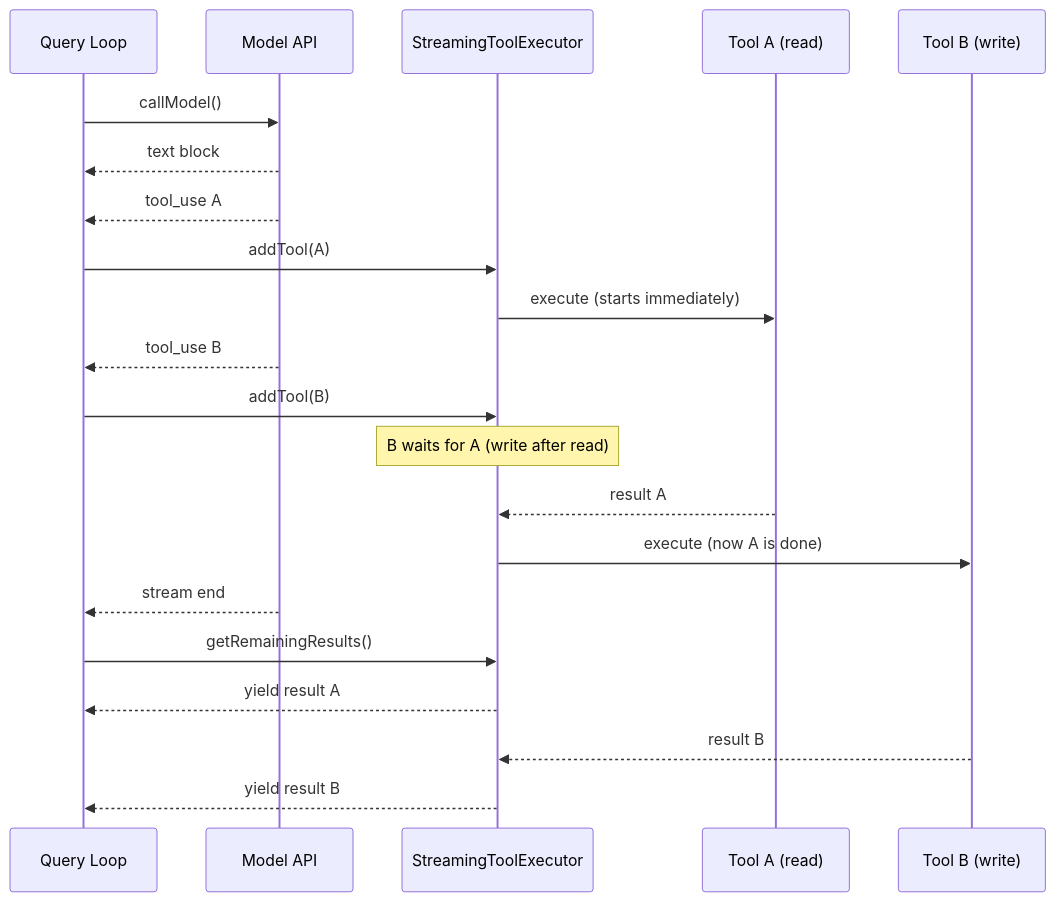
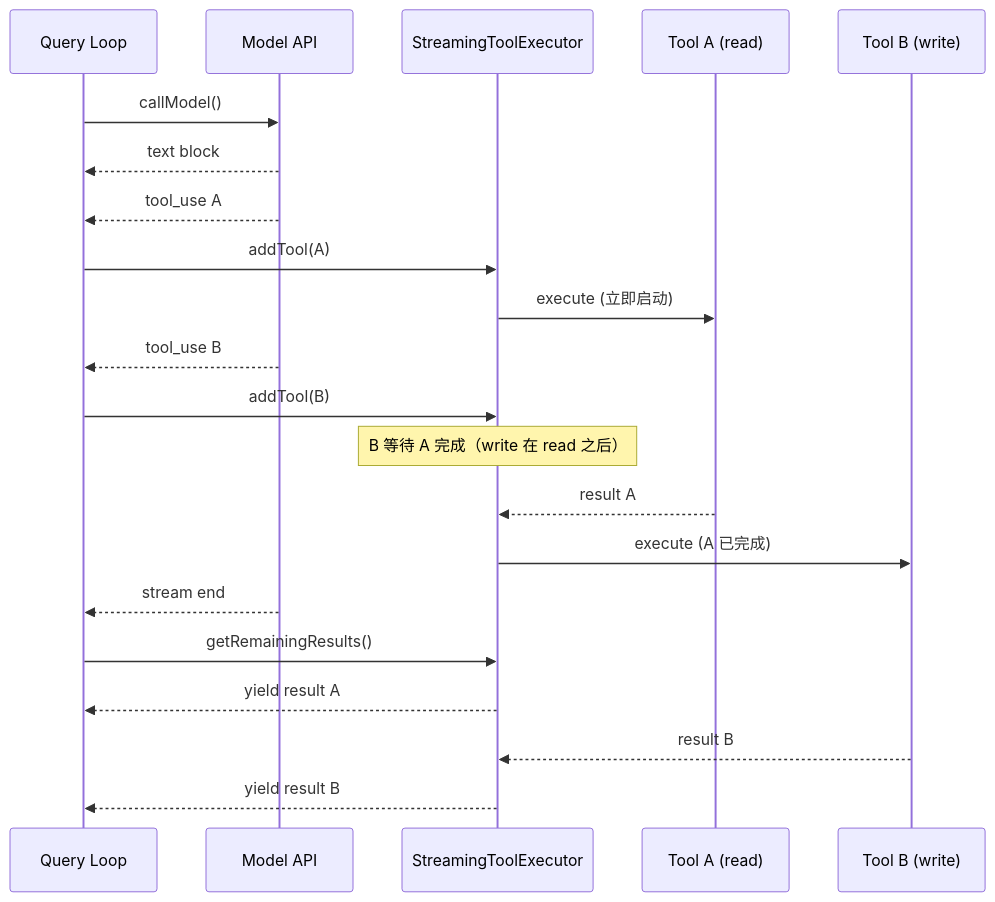
One commit to wisdom-pan/claude-code-learning changed the seventh of 8 diagrams in docs/02-core-engine.md. Above: the diagram before and after it, drawn with Mermaid. The commit also changed other lines of this file and 4 other files, not shown here.

````diff
--- a/docs/02-core-engine.md
+++ b/docs/02-core-engine.md
@@ -768,24 +768,24 @@
 ```mermaid
 sequenceDiagram
     participant Q as Query Loop
     participant API as Model API
     participant STE as StreamingToolExecutor
     participant T1 as Tool A (read)
     participant T2 as Tool B (write)
 
     Q->>API: callModel()
     API-->>Q: text block
     API-->>Q: tool_use A
     Q->>STE: addTool(A)
-    STE->>T1: execute (starts immediately)
+    STE->>T1: execute (立即启动)
     API-->>Q: tool_use B
     Q->>STE: addTool(B)
-    Note over STE: B waits for A (write after read)
+    Note over STE: B 等待 A 完成（write 在 read 之后）
     T1-->>STE: result A
-    STE->>T2: execute (now A is done)
+    STE->>T2: execute (A 已完成)
     API-->>Q: stream end
     Q->>STE: getRemainingResults()
     STE-->>Q: yield result A
     T2-->>STE: result B
     STE-->>Q: yield result B
 ```
````
